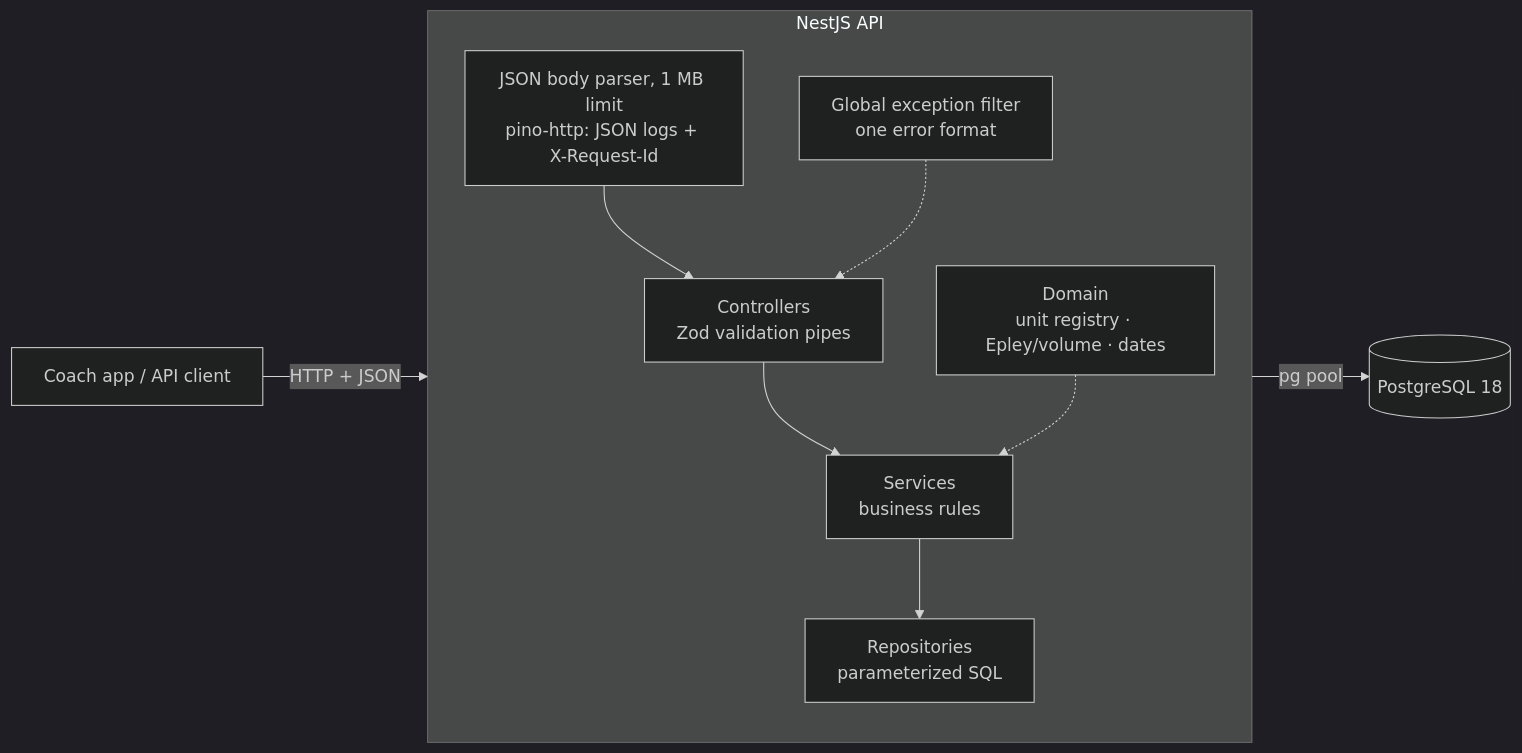
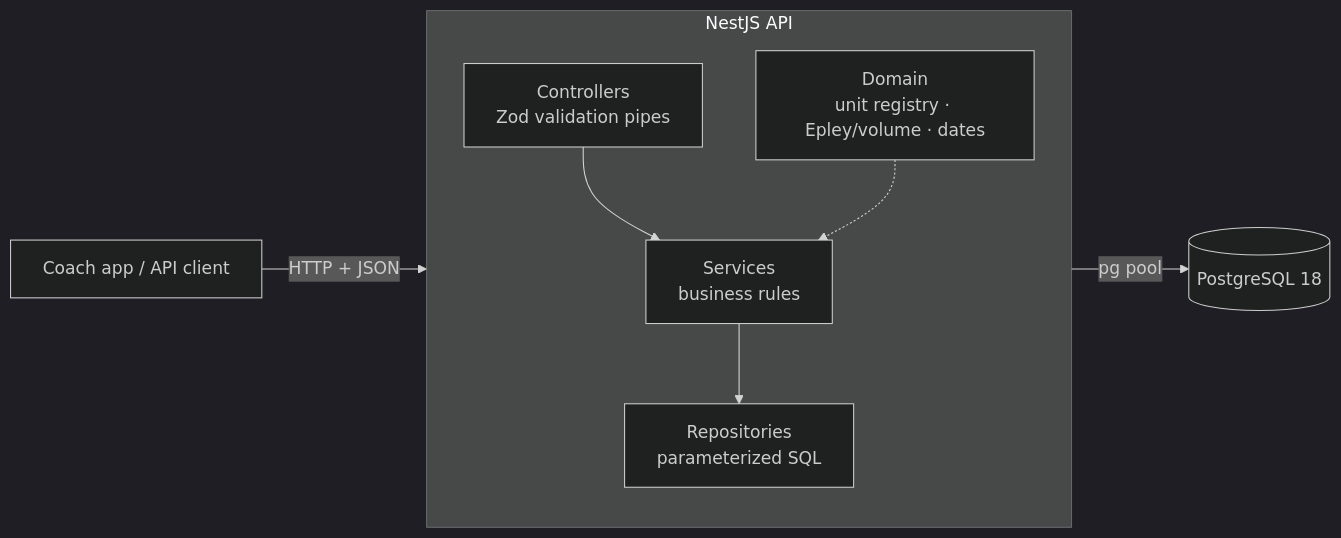
The first of 2 diagrams in README.md (anhntt96/workout_api_log), drawn with Mermaid (dark theme) before and after one commit.

Commit message:
docs: simplify the architecture diagram in the README

````diff
--- a/README.md
+++ b/README.md
@@ -88,13 +88,11 @@
 ```mermaid
 flowchart LR
-  client[Coach app / API client] -->|HTTP + JSON| http
+  client[Coach app / API client] -->|HTTP + JSON| controllers
   subgraph app[NestJS API]
     direction TB
-    http[JSON body parser, 1 MB limit<br/>pino-http: JSON logs + X-Request-Id] --> controllers
     controllers[Controllers<br/>Zod validation pipes] --> services[Services<br/>business rules]
     services --> repositories[Repositories<br/>parameterized SQL]
     domain[Domain<br/>unit registry · Epley/volume · dates] -.-> services
-    filter[Global exception filter<br/>one error format] -.-> controllers
   end
   repositories -->|pg pool| db[(PostgreSQL 18)]
 ```
````
